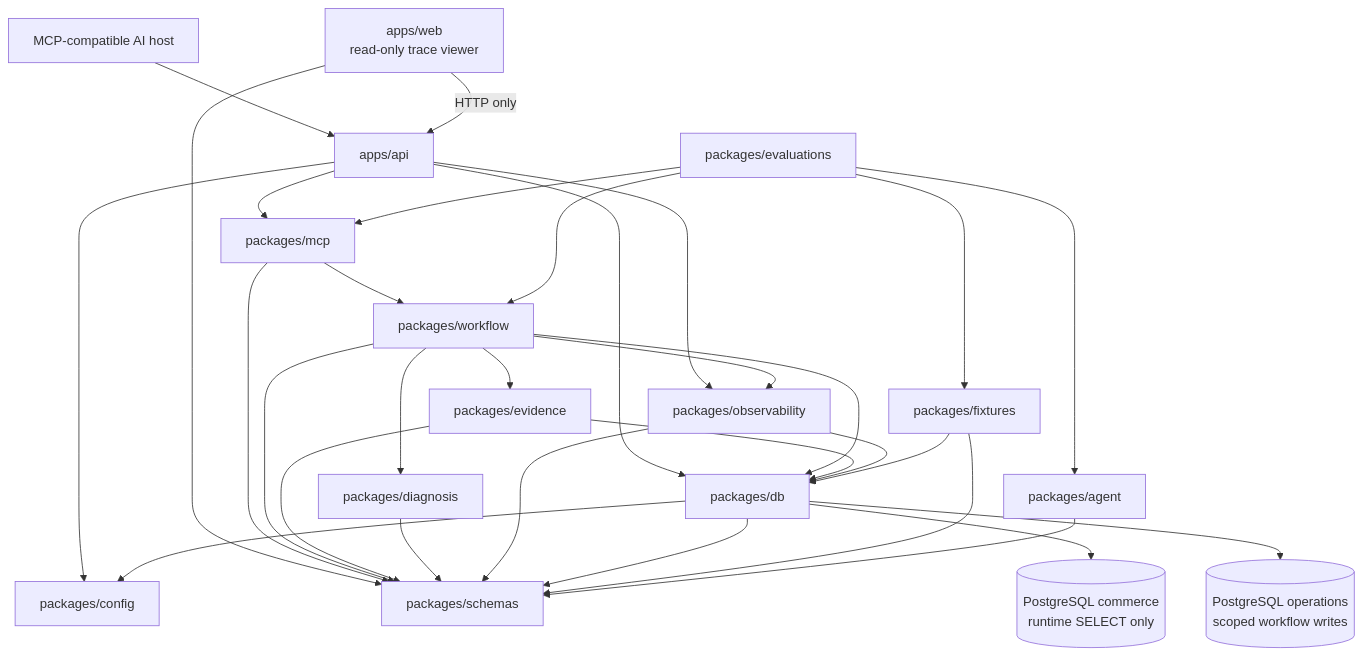
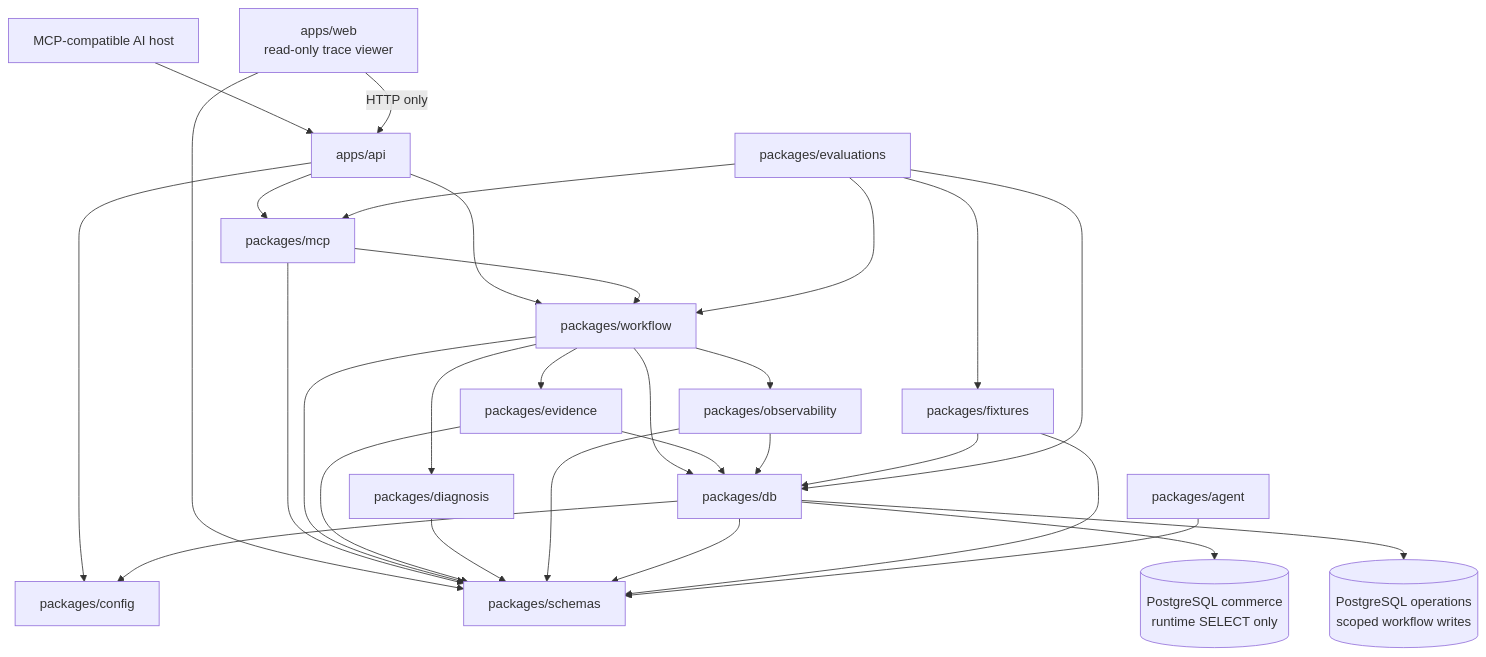
Before and after one commit to RitikaxG/commerce-ops-mcp: the diagram in docs/architecture/package-graph.md, drawn with Mermaid. The commit also changed other lines of this file, not shown here.

Commit message:
docs(mcp): update package graph for remote MCP and evaluations

````diff
--- a/docs/architecture/package-graph.md
+++ b/docs/architecture/package-graph.md
@@ -9,40 +9,39 @@
 ```mermaid
 flowchart TD
   Host["MCP-compatible AI host"] --> API["apps/api"]
   Web["apps/web<br/>read-only trace viewer"] -->|HTTP only| API
   Web --> Schemas
 
   API --> Config["packages/config"]
-  API --> DB["packages/db"]
   API --> MCP["packages/mcp"]
-  API --> Obs["packages/observability"]
+  API --> Workflow["packages/workflow"]
 
   MCP --> Schemas["packages/schemas"]
-  MCP --> Workflow["packages/workflow"]
+  MCP --> Workflow
 
   Workflow --> Schemas
-  Workflow --> DB
+  Workflow --> DB["packages/db"]
   Workflow --> Evidence["packages/evidence"]
   Workflow --> Diagnosis["packages/diagnosis"]
-  Workflow --> Obs
+  Workflow --> Obs["packages/observability"]
 
   Evidence --> Schemas
   Evidence --> DB
   Diagnosis --> Schemas
   Obs --> Schemas
   Obs --> DB
   DB --> Config
   DB --> Schemas
 
   Fixtures["packages/fixtures"] --> Schemas
   Fixtures --> DB
   Agent["packages/agent"] --> Schemas
 
   Evaluations["packages/evaluations"] --> Fixtures
-  Evaluations --> Agent
   Evaluations --> MCP
   Evaluations --> Workflow
+  Evaluations --> DB
 
   DB --> Commerce[("PostgreSQL commerce<br/>runtime SELECT only")]
   DB --> Operations[("PostgreSQL operations<br/>scoped workflow writes")]
 ```
````
